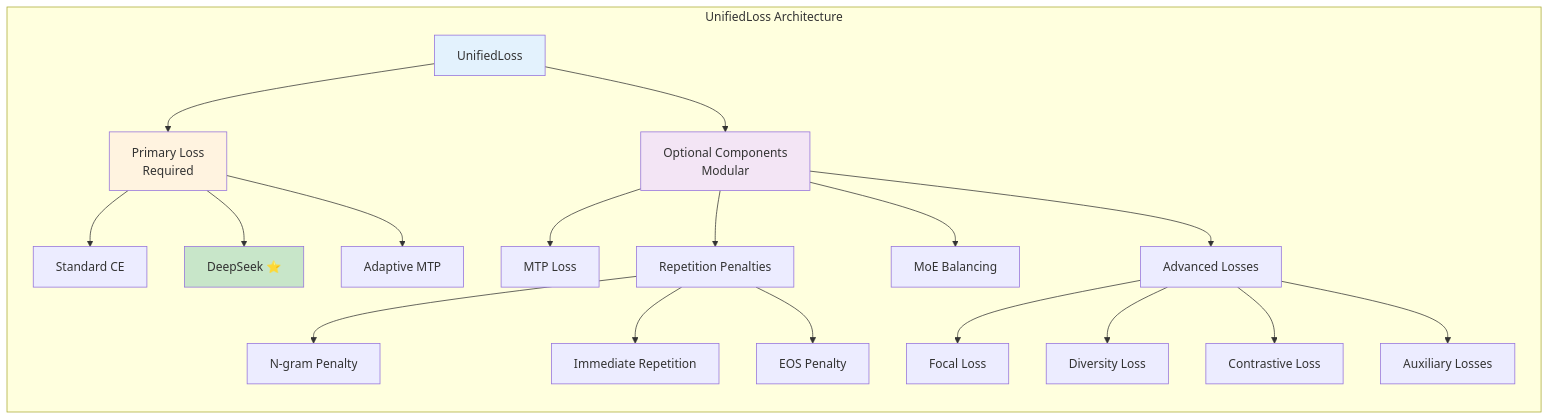
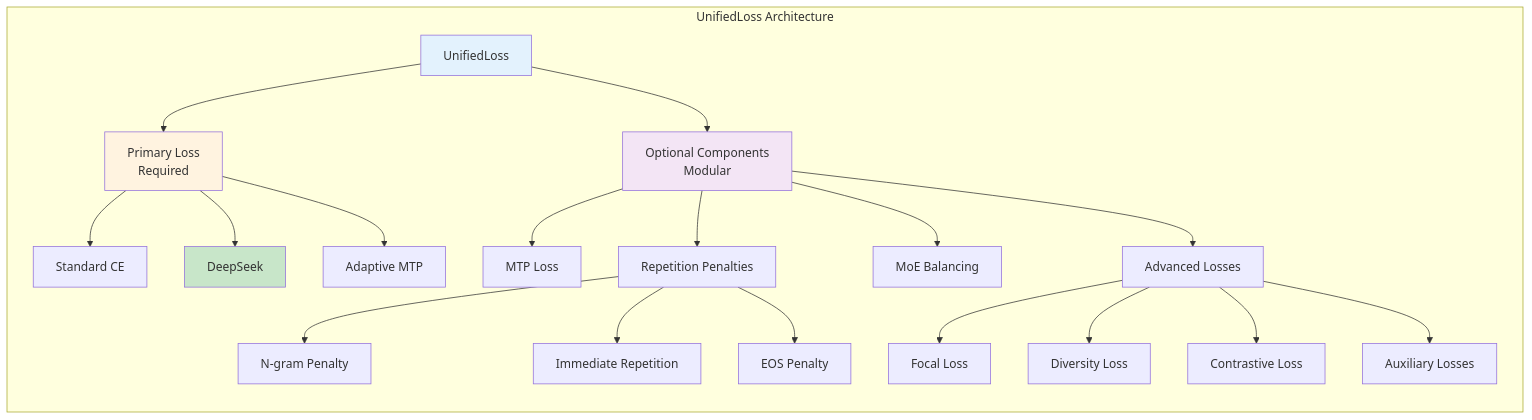
The second of 15 diagrams in code/docs/04_LOSS_FUNCTIONS.md (Pizzaman213/Ava_AI), drawn with Mermaid before and after one commit. The commit also changed other lines of this file and 215 other files, not shown here.

````diff
--- a/code/docs/04_LOSS_FUNCTIONS.md
+++ b/code/docs/04_LOSS_FUNCTIONS.md
@@ -94,32 +94,32 @@
 ```mermaid
 graph LR
     subgraph "UnifiedLoss Architecture"
         Root[UnifiedLoss]
 
         Root --> Primary[Primary Loss<br/>Required]
         Root --> Optional[Optional Components<br/>Modular]
 
         Primary --> P1[Standard CE]
-        Primary --> P2[DeepSeek ⭐]
+        Primary --> P2[DeepSeek ]
         Primary --> P3[Adaptive MTP]
 
         Optional --> O1[MTP Loss]
         Optional --> O2[Repetition Penalties]
         Optional --> O3[MoE Balancing]
         Optional --> O4[Advanced Losses]
 
         O2 --> R1[N-gram Penalty]
         O2 --> R2[Immediate Repetition]
         O2 --> R3[EOS Penalty]
 
         O4 --> A1[Focal Loss]
         O4 --> A2[Diversity Loss]
         O4 --> A3[Contrastive Loss]
         O4 --> A4[Auxiliary Losses]
     end
 
     style Root fill:#e3f2fd
     style Primary fill:#fff3e0
     style P2 fill:#c8e6c9
     style Optional fill:#f3e5f5
 ```
````
